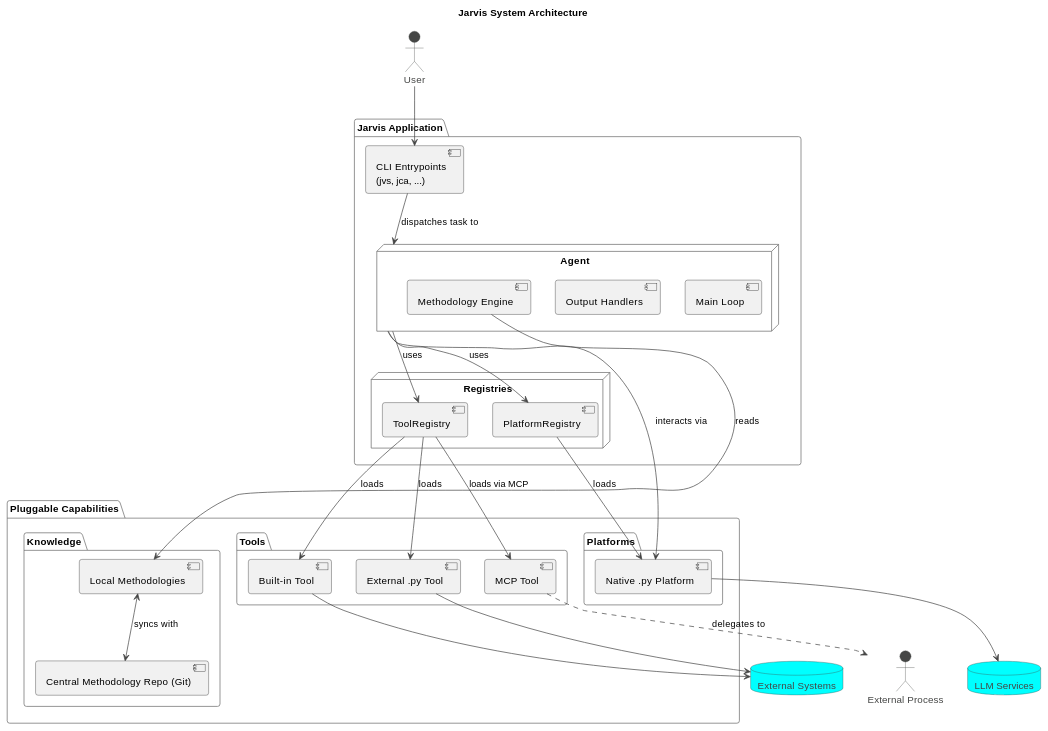
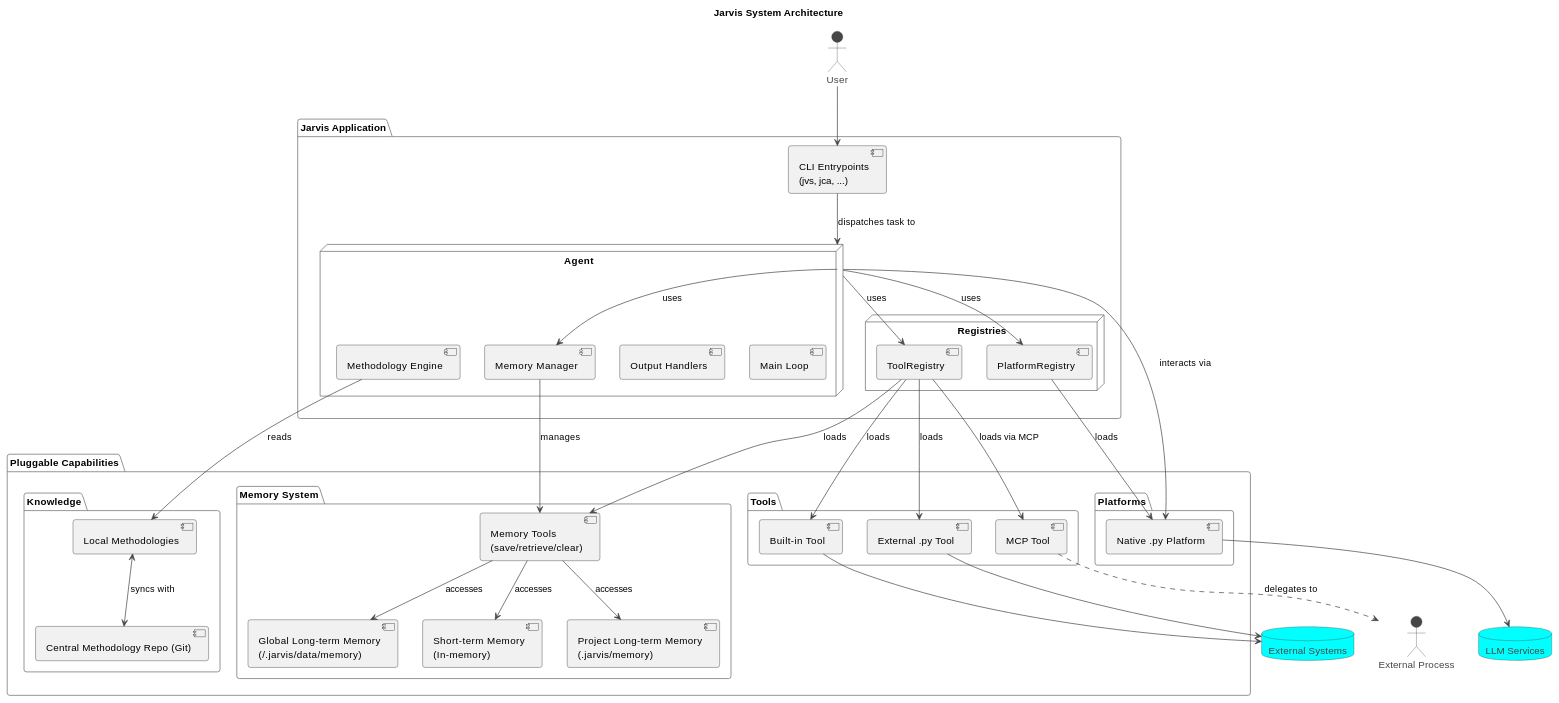
The diagram in docs/jarvis_book/3.核心概念与架构.md (skyfireitdiy/Jarvis), drawn with PlantUML before and after one commit. The commit also changed other lines of this file, not shown here.

First line of the commit message:
docs(jarvis_book): 添加记忆系统的核心概念和架构说明

````diff
--- a/docs/jarvis_book/3.核心概念与架构.md
+++ b/docs/jarvis_book/3.核心概念与架构.md
@@ -50,65 +69,80 @@
 ```plantuml
 @startuml
 !theme vibrant
 
 title Jarvis System Architecture
 
 actor User
 
 package "Jarvis Application" {
     [CLI Entrypoints\n(jvs, jca, ...)] as CLI
 
     node "Agent" {
         [Main Loop]
         [Output Handlers]
         [Methodology Engine]
+        [Memory Manager]
     }
 
     node "Registries" {
         [ToolRegistry]
         [PlatformRegistry]
     }
 }
 
 package "Pluggable Capabilities" {
     package "Tools" {
         [Built-in Tool]
         [External .py Tool]
         [MCP Tool]
     }
     package "Platforms" {
         [Native .py Platform]
     }
     package "Knowledge" {
         [Local Methodologies]
         [Central Methodology Repo (Git)] as CentralMethodology
+    }
+    package "Memory System" {
+        [Short-term Memory\n(In-memory)]
+        [Project Long-term Memory\n(.jarvis/memory)]
+        [Global Long-term Memory\n(~/.jarvis/data/memory)]
+        [Memory Tools\n(save/retrieve/clear)]
     }
 }
 
 database "External Systems"
 database "LLM Services"
 
 User --> CLI
 CLI --> Agent : dispatches task to
 
 Agent --> ToolRegistry : uses
 Agent --> PlatformRegistry : uses
 
 ToolRegistry --> [Built-in Tool] : loads
 ToolRegistry --> [External .py Tool] : loads
 ToolRegistry --> [MCP Tool] : loads via MCP
 
 PlatformRegistry --> [Native .py Platform] : loads
 
 Agent --> [Native .py Platform] : interacts via
 [Native .py Platform] --> "LLM Services"
 
 [Built-in Tool] --> "External Systems"
 [External .py Tool] --> "External Systems"
 [MCP Tool] ..> "External Process" : delegates to
 
 [Methodology Engine] --> [Local Methodologies] : reads
 [Local Methodologies] <--> CentralMethodology : syncs with
 
+[Memory Manager] --> [Memory Tools\n(save/retrieve/clear)] : manages
+[Memory Tools\n(save/retrieve/clear)] --> [Short-term Memory\n(In-memory)] : accesses
+[Memory Tools\n(save/retrieve/clear)] --> [Project Long-term Memory\n(.jarvis/memory)] : accesses
+[Memory Tools\n(save/retrieve/clear)] --> [Global Long-term Memory\n(~/.jarvis/data/memory)] : accesses
+
+Agent --> [Memory Manager] : uses
+ToolRegistry --> [Memory Tools\n(save/retrieve/clear)] : loads
+
 @enduml
 ```
````
